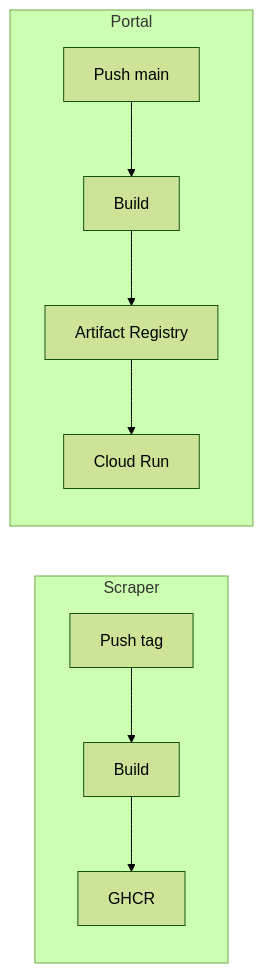
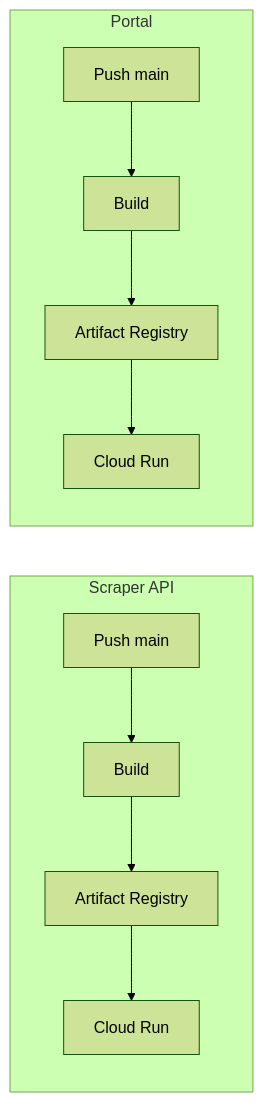
One commit to destaquesgovbr/docs changed the diagram in docs/workflows/docker-builds.md. Above: the diagram before and after it, drawn with Mermaid (forest theme). The commit also changed other lines of this file and 6 other files, not shown here.

````diff
--- a/docs/workflows/docker-builds.md
+++ b/docs/workflows/docker-builds.md
@@ -14,13 +14,14 @@
 ```mermaid
 flowchart LR
-    subgraph "Scraper"
-        A[Push tag] --> B[Build]
-        B --> C[GHCR]
+    subgraph "Scraper API"
+        A[Push main] --> B[Build]
+        B --> F1[Artifact Registry]
+        F1 --> G1[Cloud Run]
     end
 
     subgraph "Portal"
         D[Push main] --> E[Build]
         E --> F[Artifact Registry]
         F --> G[Cloud Run]
     end
 ```
````
